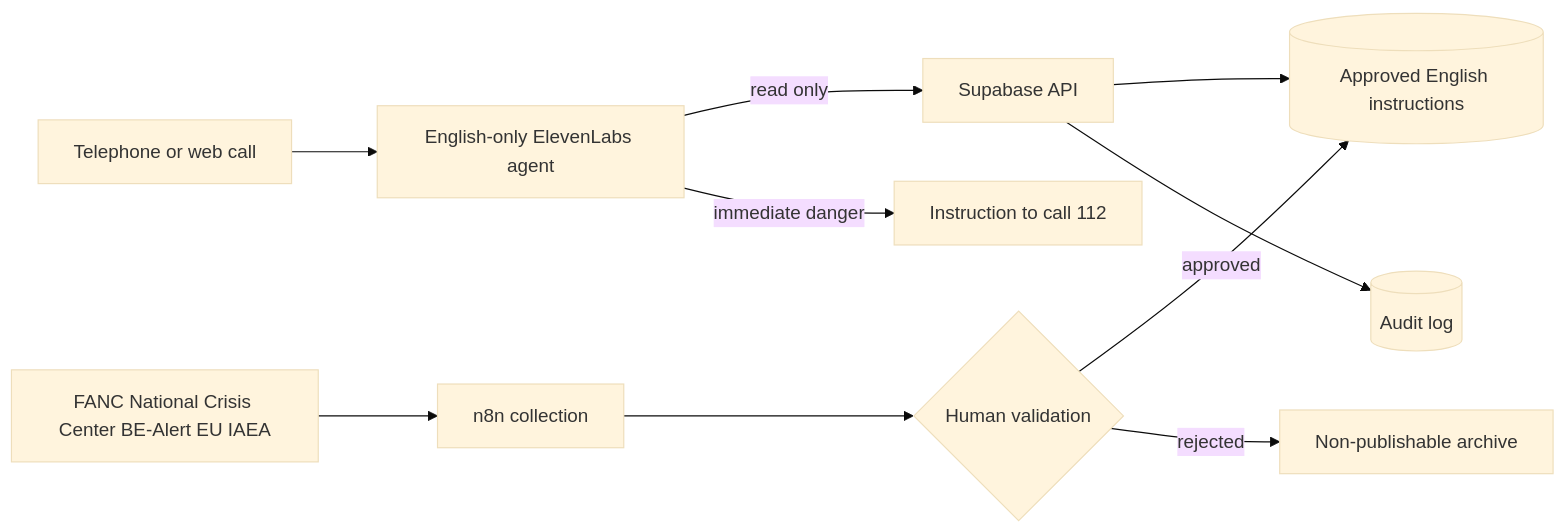
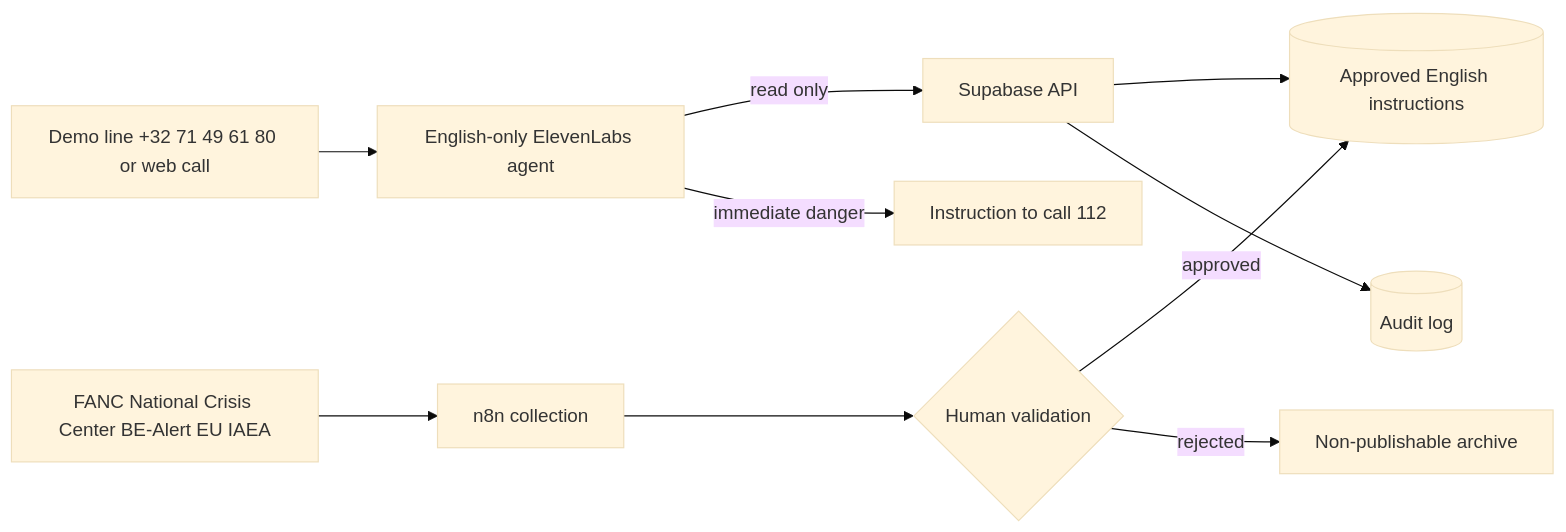
One commit to Banana-Navy/voicebot-incident-nucleaire changed the diagram in docs/architecture.md. Above: the diagram before and after it, drawn with Mermaid (base theme). The commit also changed 7 other files, not shown here.

````diff
--- a/docs/architecture.md
+++ b/docs/architecture.md
@@ -3,12 +3,12 @@
 ```mermaid
 flowchart LR
-  A[Telephone or web call] --> B[English-only ElevenLabs agent]
+  A[Demo line +32 71 49 61 80 or web call] --> B[English-only ElevenLabs agent]
   B -->|read only| C[Supabase API]
   C --> D[(Approved English instructions)]
   C --> E[(Audit log)]
   F[FANC National Crisis Center BE-Alert EU IAEA] --> G[n8n collection]
   G --> H{Human validation}
   H -->|approved| D
   H -->|rejected| I[Non-publishable archive]
   B -->|immediate danger| J[Instruction to call 112]
 ```
````
